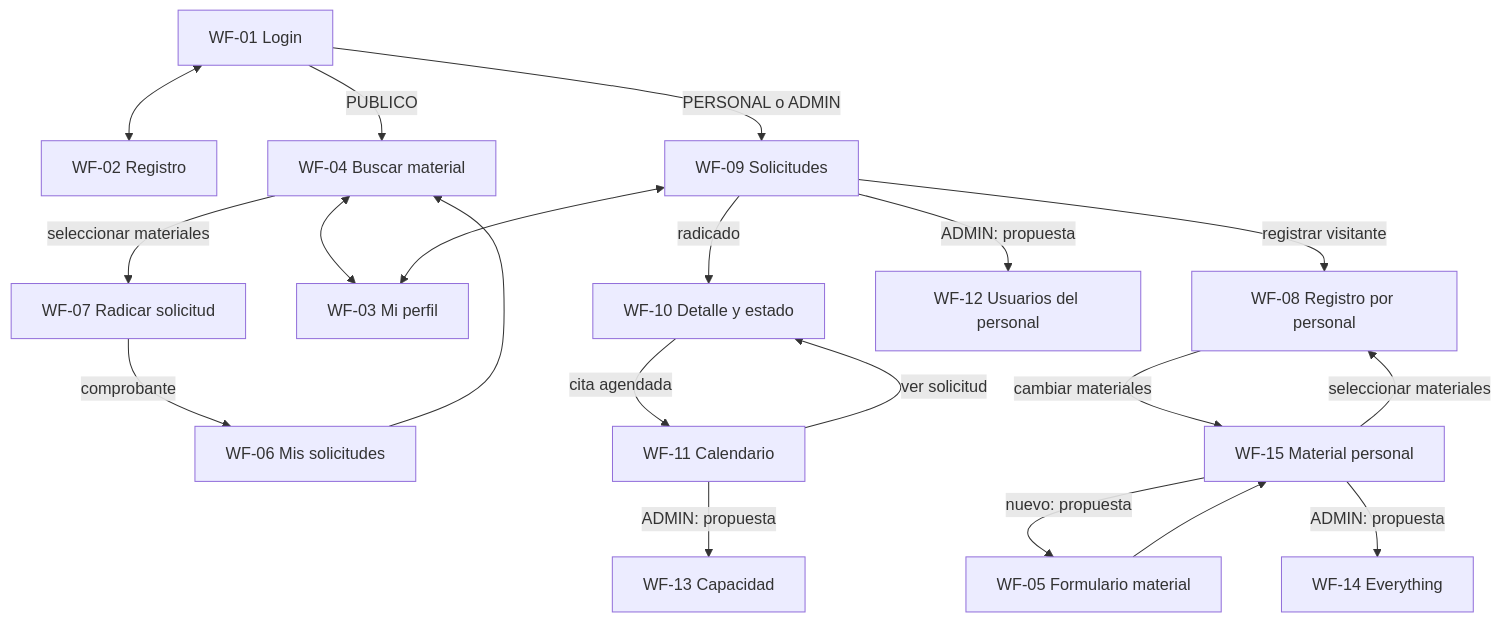
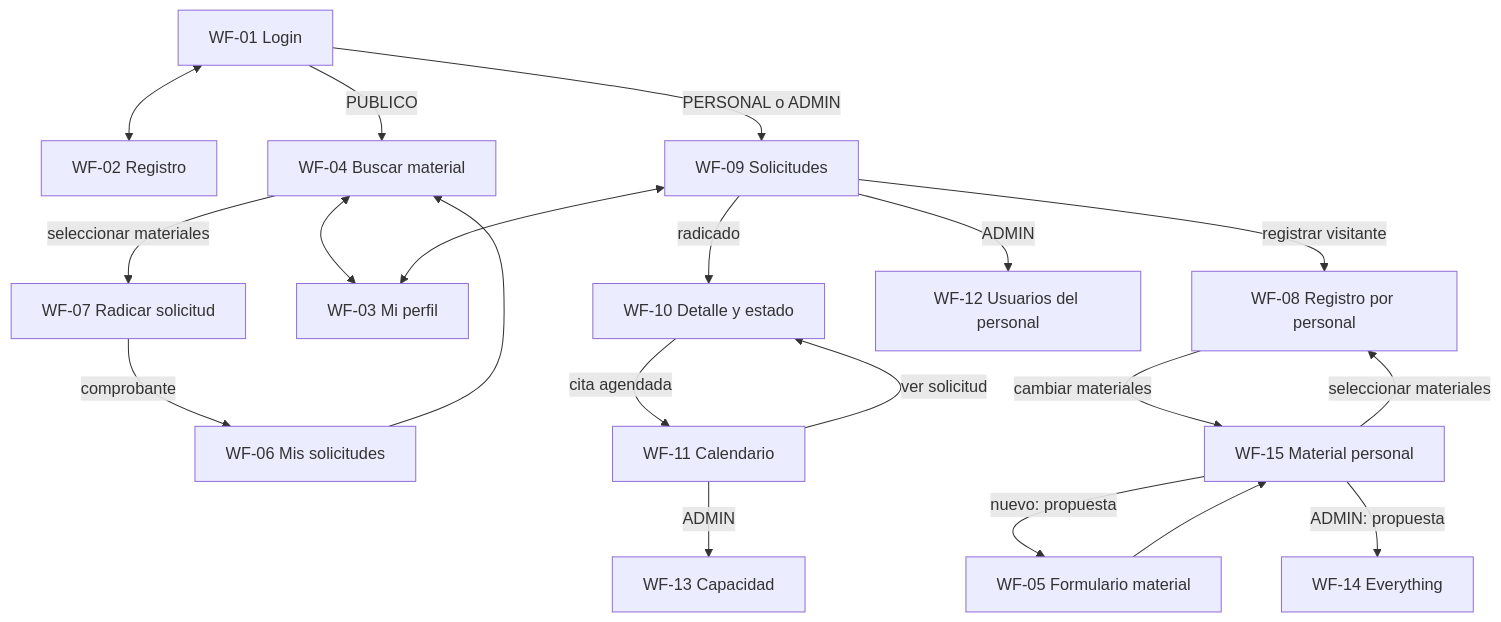
Before and after one commit to bryanmg20/Trackhive: the diagram in docs/pantallas.md, drawn with Mermaid. The commit also changed other lines of this file and 73 other files, not shown here.

````diff
--- a/docs/pantallas.md
+++ b/docs/pantallas.md
@@ -87,22 +117,22 @@
 ```mermaid
 flowchart TD
   Login[WF-01 Login] <--> Registro[WF-02 Registro]
   Login -->|PUBLICO| Busqueda[WF-04 Buscar material]
   Login -->|PERSONAL o ADMIN| Bandeja[WF-09 Solicitudes]
   Busqueda -->|seleccionar materiales| Radicar[WF-07 Radicar solicitud]
   Radicar -->|comprobante| Mis[WF-06 Mis solicitudes]
   Mis --> Busqueda
   Busqueda <--> Perfil[WF-03 Mi perfil]
   Bandeja <--> Perfil
   Bandeja -->|radicado| Detalle[WF-10 Detalle y estado]
   Detalle -->|cita agendada| Calendario[WF-11 Calendario]
   Calendario -->|ver solicitud| Detalle
   Bandeja -->|registrar visitante| Mostrador[WF-08 Registro por personal]
   Material[WF-15 Material personal] -->|seleccionar materiales| Mostrador
   Mostrador -->|cambiar materiales| Material
   Material -->|nuevo: propuesta| Alta[WF-05 Formulario material]
   Alta --> Material
-  Bandeja -->|ADMIN: propuesta| Usuarios[WF-12 Usuarios del personal]
-  Calendario -->|ADMIN: propuesta| Sala[WF-13 Capacidad]
+  Bandeja -->|ADMIN| Usuarios[WF-12 Usuarios del personal]
+  Calendario -->|ADMIN| Sala[WF-13 Capacidad]
   Material -->|ADMIN: propuesta| Everything[WF-14 Everything]
 ```
````
